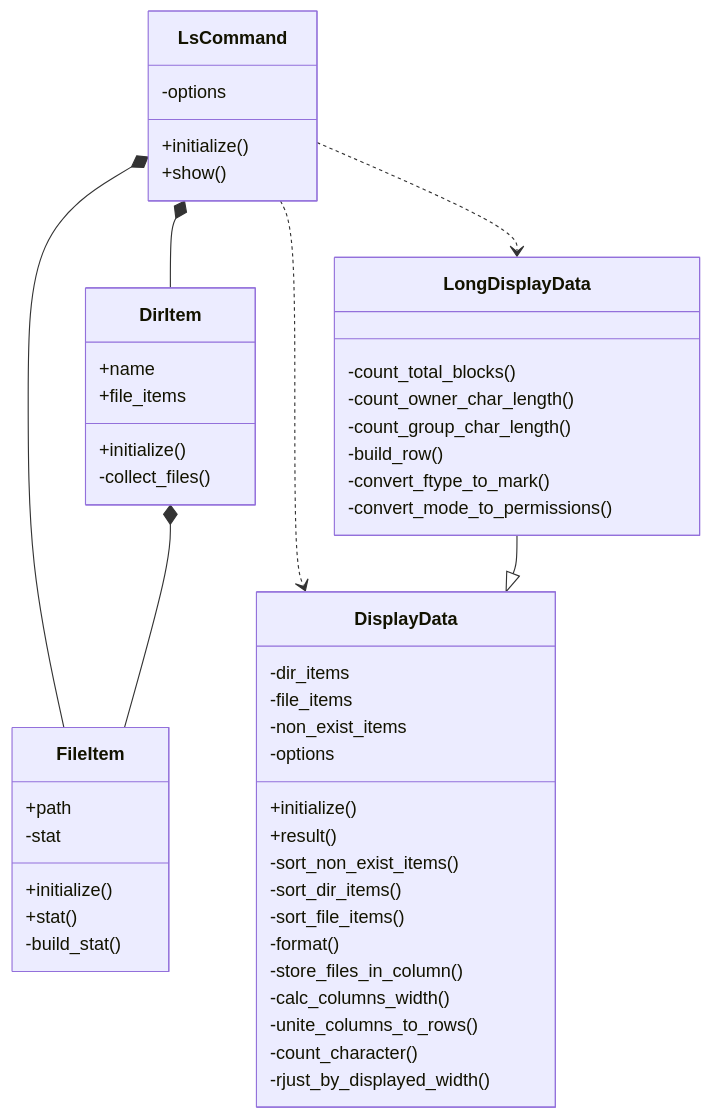
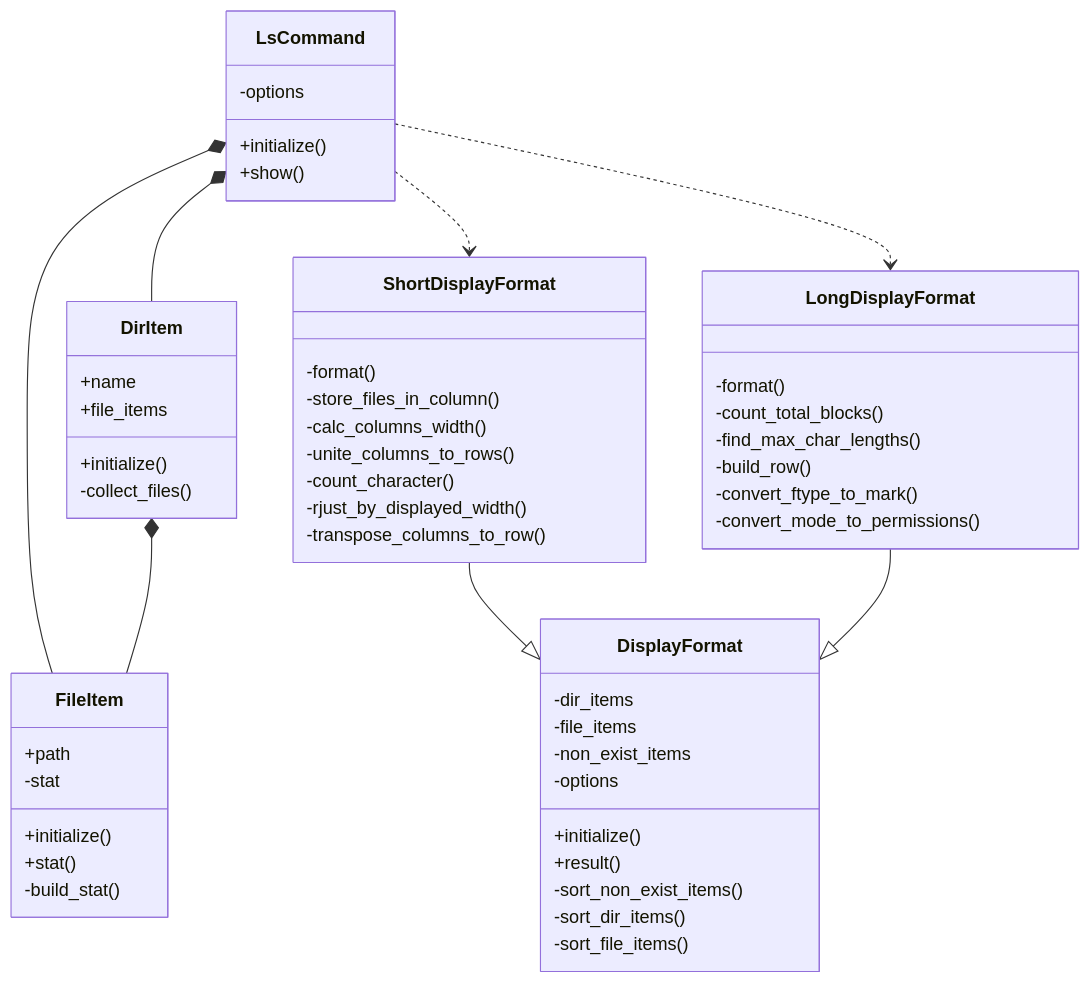
Before and after one commit to Shrimprin/ruby-practices: the diagram in 07.ls_object/class_diagram.md, drawn with Mermaid.

Commit message:
クラス図を修正

````diff
--- a/07.ls_object/class_diagram.md
+++ b/07.ls_object/class_diagram.md
@@ -1,57 +1,62 @@
 ```mermaid
 classDiagram
   class LsCommand {
     -options
     +initialize()
     +show()
   }
 
   class DirItem {
     +name
     +file_items
     +initialize()
     -collect_files()
   }
 
   class FileItem {
     +path
     -stat
     +initialize()
     +stat()
     -build_stat()
   }
 
-  class DisplayData {
+  class DisplayFormat {
     -dir_items
     -file_items
     -non_exist_items
     -options
     +initialize()
     +result()
     -sort_non_exist_items()
     -sort_dir_items()
     -sort_file_items()
+  }
+
+  class ShortDisplayFormat {
     -format()
     -store_files_in_column()
     -calc_columns_width()
     -unite_columns_to_rows()
     -count_character()
     -rjust_by_displayed_width()
+    -transpose_columns_to_row()
   }
 
-  class LongDisplayData {
+  class LongDisplayFormat {
+    -format()
     -count_total_blocks()
-    -count_owner_char_length()
-    -count_group_char_length()
+    -find_max_char_lengths()
     -build_row()
     -convert_ftype_to_mark()
     -convert_mode_to_permissions()
   }
 
   LsCommand *-- DirItem
   LsCommand *-- FileItem
   DirItem *-- FileItem
-  LsCommand ..> DisplayData
-  LsCommand ..> LongDisplayData
-  LongDisplayData --|> DisplayData
+  LsCommand ..> ShortDisplayFormat
+  LsCommand ..> LongDisplayFormat
+  ShortDisplayFormat --|> DisplayFormat
+  LongDisplayFormat --|> DisplayFormat
 ```
````
